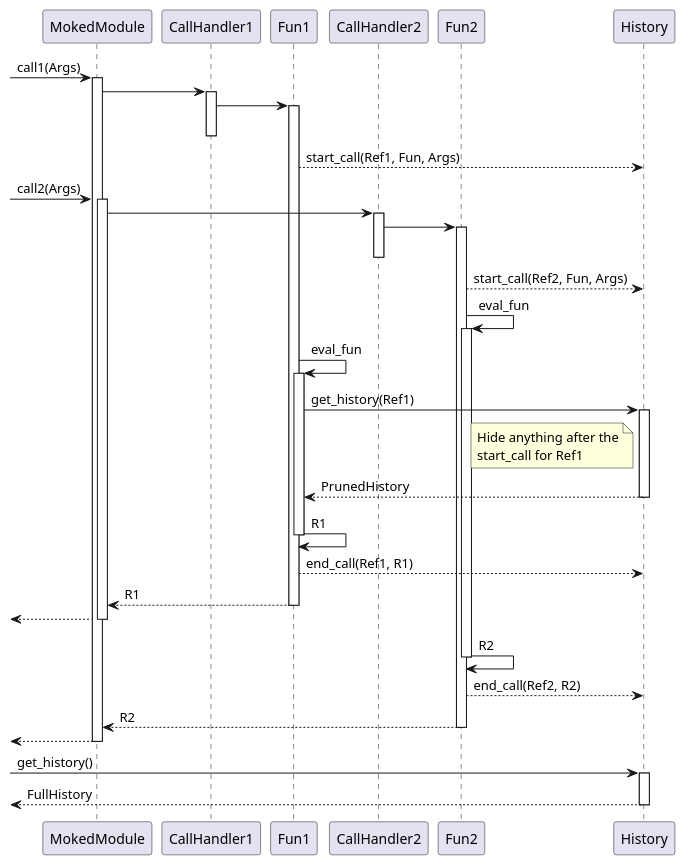
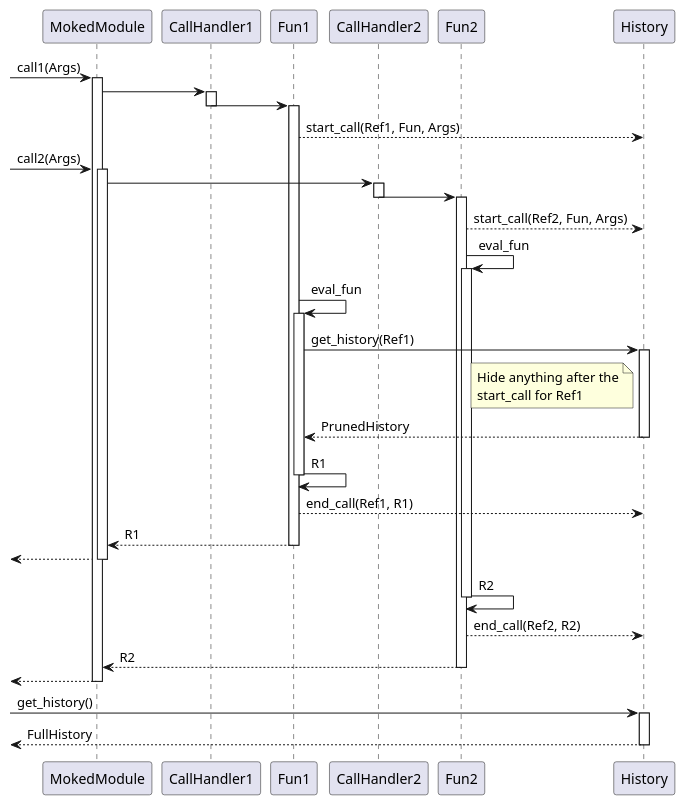
One commit to samuelrivas/moka changed the diagram in doc/design/history_sequence.puml. Above: the diagram before and after it, drawn with PlantUML. The commit also changed other lines of this file, not shown here.

Commit message:
DOC slightly shorter sequence diagram

```diff
--- a/doc/design/history_sequence.puml
+++ b/doc/design/history_sequence.puml
@@ -1,58 +1,58 @@
 @startuml
 
 Participant MokedModule
 Participant CallHandler1
 Participant Fun1
 Participant CallHandler2
 Participant Fun2
 Participant History
 
                 [-> MokedModule         : call1(Args)
 Activate            MokedModule
 MokedModule      -> CallHandler1
 Activate            CallHandler1
 CallHandler1     -> Fun1
+Deactivate          CallHandler1
 Activate	    Fun1
-Deactivate          CallHandler1
 Fun1            --> History             : start_call(Ref1, Fun, Args)
 
                 [-> MokedModule         : call2(Args)
 Activate            MokedModule
 MokedModule      -> CallHandler2
 Activate            CallHandler2
 CallHandler2     -> Fun2
+Deactivate          CallHandler2
 Activate	    Fun2
-Deactivate          CallHandler2
 Fun2            --> History             : start_call(Ref2, Fun, Args)
 Fun2		 -> Fun2                : eval_fun
 Activate            Fun2
 
 Fun1		 -> Fun1                : eval_fun
 Activate            Fun1
 Fun1             -> History             : get_history(Ref1)
 Activate            History
 Note left of History                    : Hide anything after the\nstart_call for Ref1
 History         --> Fun1                : PrunedHistory
 Deactivate          History
 Fun1		 -> Fun1                : R1
 Deactivate          Fun1
 Fun1		--> History             : end_call(Ref1, R1)
 Fun1		--> MokedModule         : R1
 Deactivate          Fun1
                [<-- MokedModule
 Deactivate          MokedModule
 
 Fun2		 -> Fun2                : R2
 Deactivate          Fun2
 Fun2		--> History             : end_call(Ref2, R2)
 Fun2		--> MokedModule         : R2
 Deactivate          Fun2
                [<-- MokedModule
 Deactivate          MokedModule
 
                 [-> History             : get_history()
 Activate            History
                [<-- History             : FullHistory
 Deactivate          History
 
 @enduml
```
